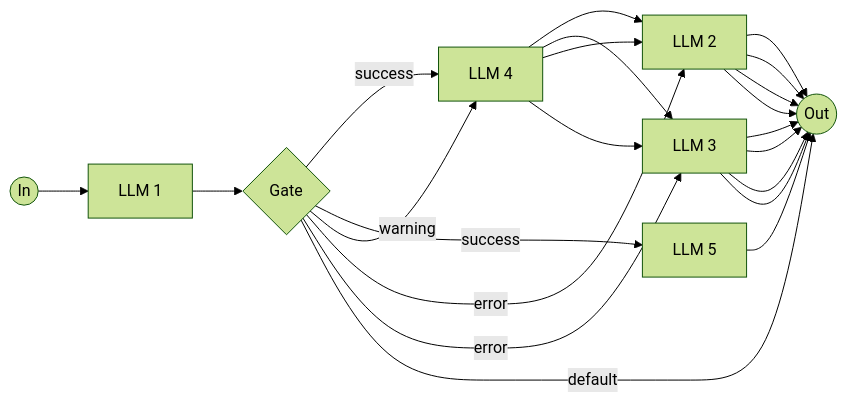
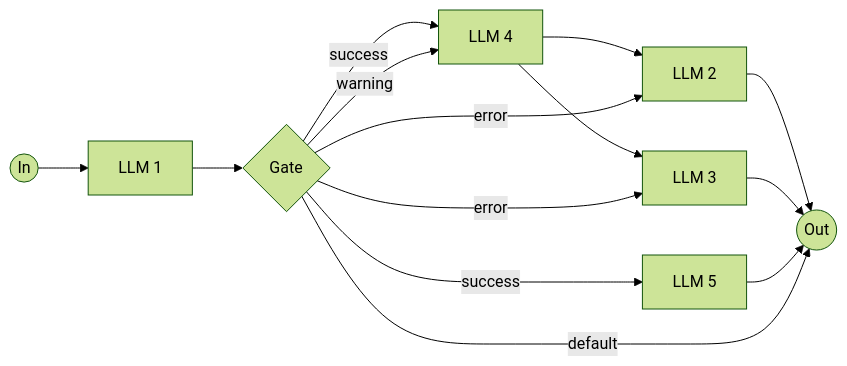
The diagram in examples/complex_workflow/diagram.md (rootstrap/mars), drawn with Mermaid (forest theme) before and after one commit. The commit also changed 2 other files, not shown here.

Commit message:
Improvements

````diff
--- a/examples/complex_workflow/diagram.md
+++ b/examples/complex_workflow/diagram.md
@@ -1,35 +1,22 @@
 ```mermaid
 flowchart LR
 In(("In")) -->
 LLM_1["LLM 1"]
 LLM_1 --> Gate
 Gate{"Gate"}
 LLM_4["LLM 4"]
 LLM_4 --> LLM_2
 LLM_4 --> LLM_3
 LLM_2["LLM 2"]
 LLM_3["LLM 3"]
 LLM_5["LLM 5"]
 LLM_2 --> Out(("Out"))
 LLM_3 --> Out(("Out"))
 LLM_5 --> Out(("Out"))
 Gate -->|success| LLM_4
 Gate -->|success| LLM_5
-LLM_4["LLM 4"]
-LLM_4 --> LLM_2
-LLM_4 --> LLM_3
-LLM_2["LLM 2"]
-LLM_3["LLM 3"]
-LLM_2 --> Out(("Out"))
-LLM_3 --> Out(("Out"))
-LLM_2 --> Out(("Out"))
-LLM_3 --> Out(("Out"))
 Gate -->|warning| LLM_4
-LLM_2["LLM 2"]
-LLM_3["LLM 3"]
-LLM_2 --> Out(("Out"))
-LLM_3 --> Out(("Out"))
 Gate -->|error| LLM_2
 Gate -->|error| LLM_3
 Gate -->|default| Out(("Out"))
 ```
````
